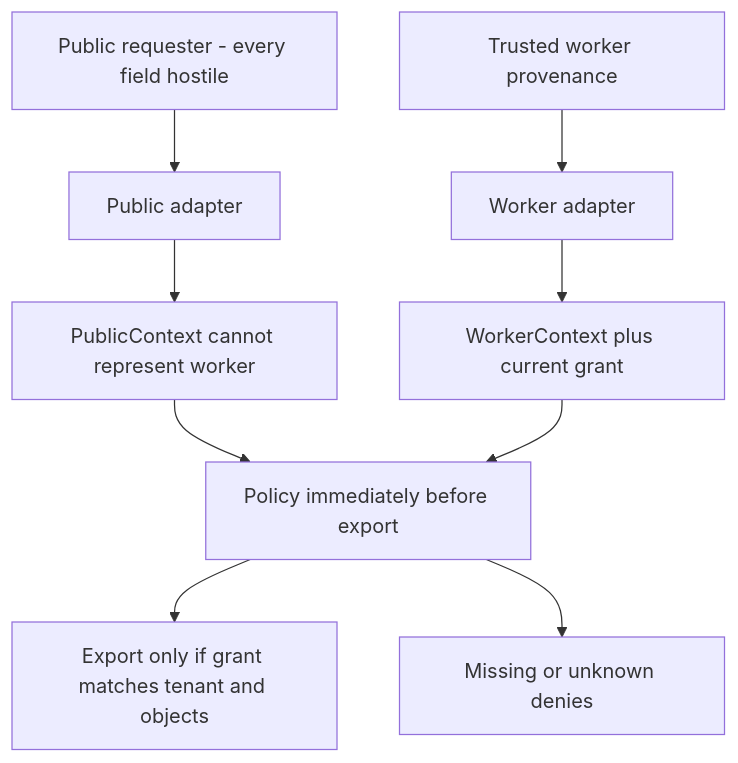
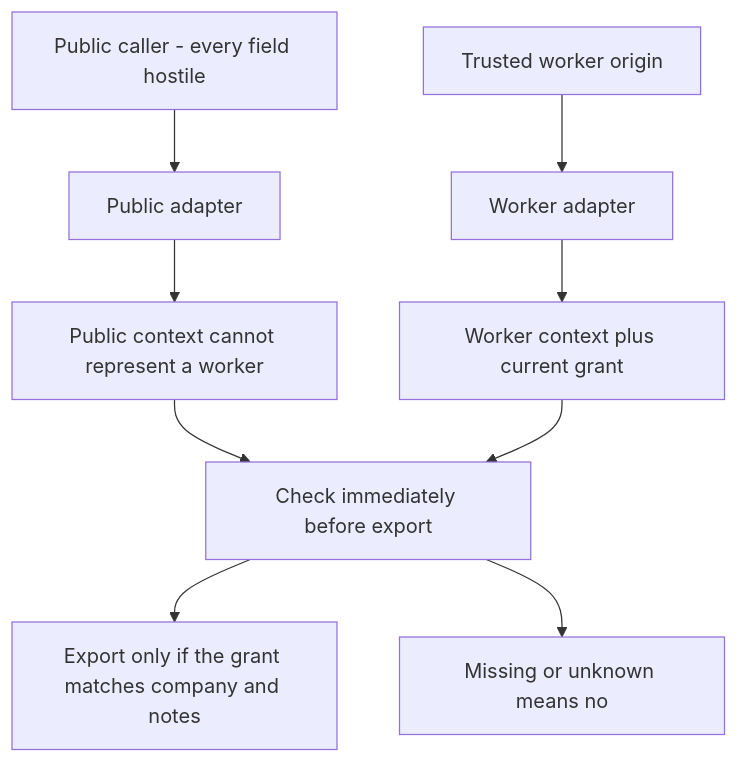
The diagram in content/modules/1/1.3/lessons/01-property.md (ishitvagoel/LearnSecurity), drawn with Mermaid before and after one commit. The commit also changed other lines of this file and 44 other files, not shown here.

````diff
--- a/content/modules/1/1.3/lessons/01-property.md
+++ b/content/modules/1/1.3/lessons/01-property.md
@@ -19,11 +21,11 @@
 ```mermaid
 flowchart TD
-  Browser["Public requester - every field hostile"] --> Adapter[Public adapter]
-  Adapter --> Pub["PublicContext cannot represent worker"]
-  WorkerSrc[Trusted worker provenance] --> WAdapt[Worker adapter]
-  WAdapt --> Wctx[WorkerContext plus current grant]
-  Pub --> Policy[Policy immediately before export]
+  Browser[Public caller - every field hostile] --> Adapter[Public adapter]
+  Adapter --> Pub[Public context cannot represent a worker]
+  WorkerSrc[Trusted worker origin] --> WAdapt[Worker adapter]
+  WAdapt --> Wctx[Worker context plus current grant]
+  Pub --> Policy[Check immediately before export]
   Wctx --> Policy
-  Policy --> Allow["Export only if grant matches tenant and objects"]
-  Policy --> Deny["Missing or unknown denies"]
+  Policy --> Allow[Export only if the grant matches company and notes]
+  Policy --> Deny[Missing or unknown means no]
 ```
````
